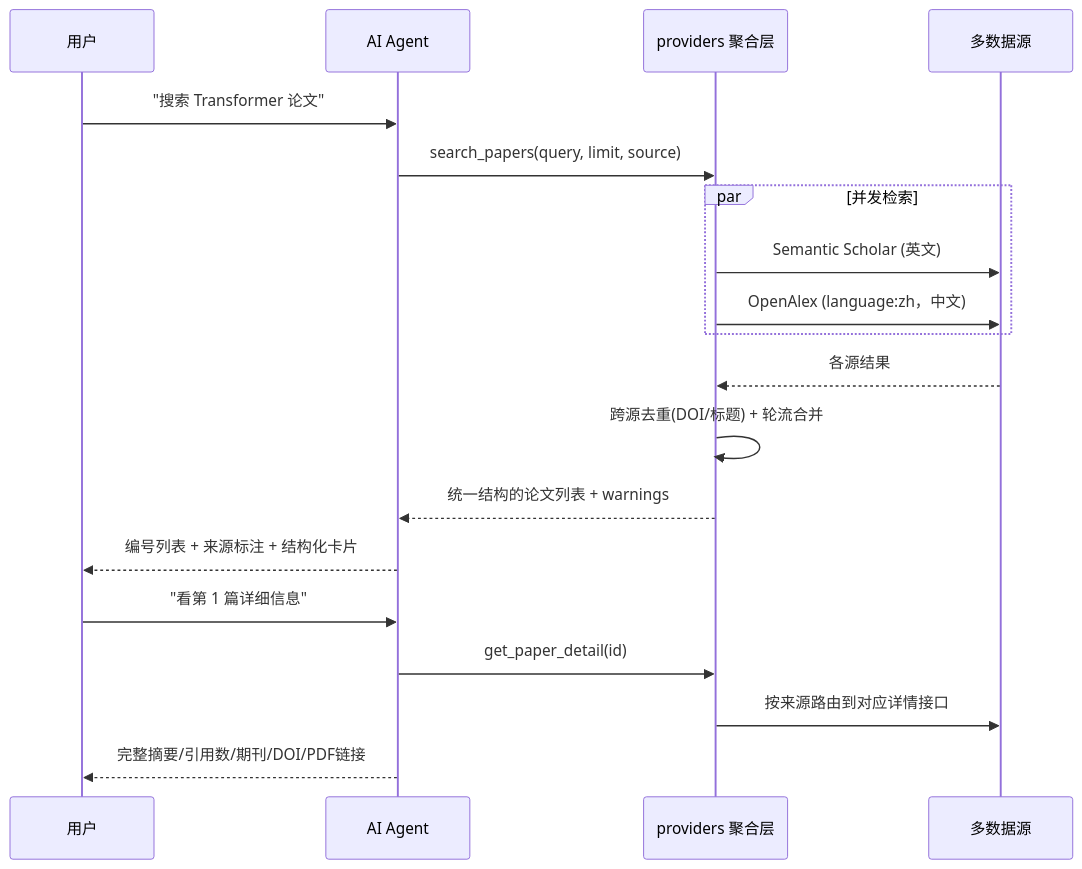
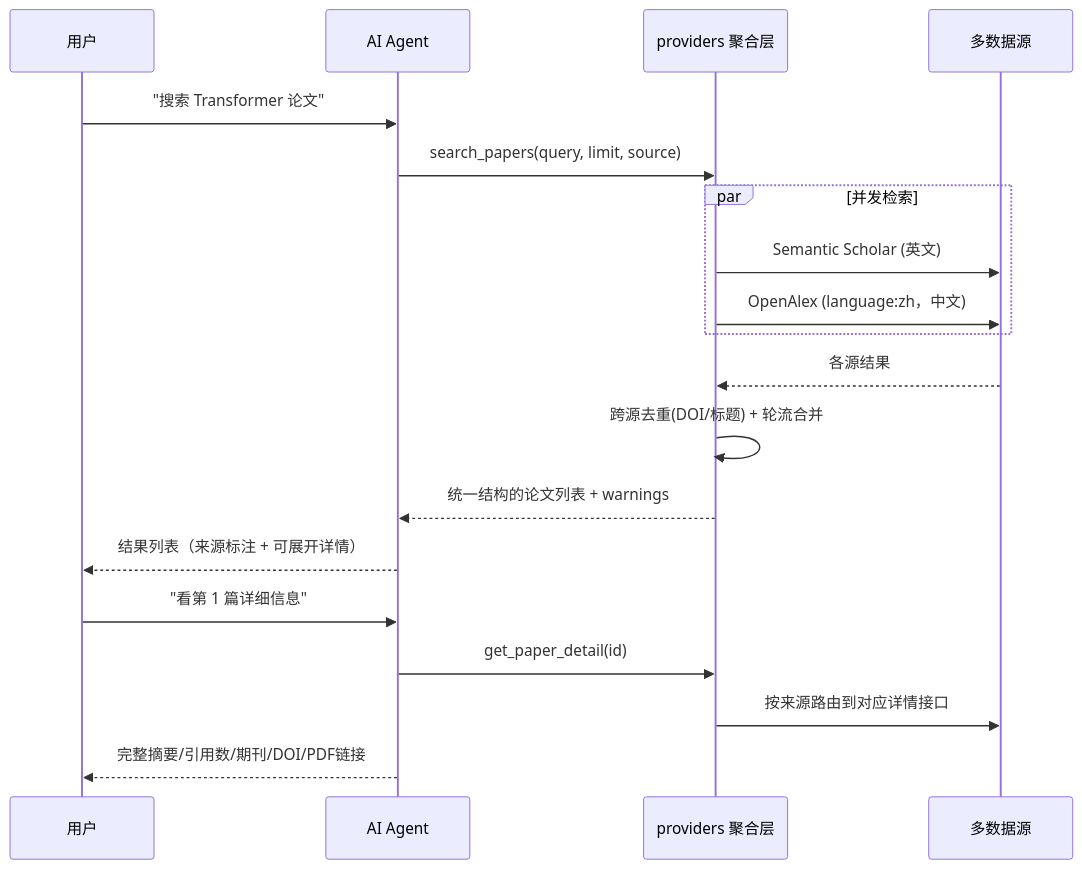
One commit to awsl2580/paper-searching changed the diagram in README.md. Above: the diagram before and after it, drawn with Mermaid. The commit also changed other lines of this file and 14 other files, not shown here.

````diff
--- a/README.md
+++ b/README.md
@@ -74,23 +95,23 @@
 ```mermaid
 sequenceDiagram
     participant U as 用户
     participant A as AI Agent
     participant P as providers 聚合层
     participant S as 多数据源
 
     U->>A: "搜索 Transformer 论文"
     A->>P: search_papers(query, limit, source)
     par 并发检索
         P->>S: Semantic Scholar (英文)
         P->>S: OpenAlex (language:zh，中文)
     end
     S-->>P: 各源结果
     P->>P: 跨源去重(DOI/标题) + 轮流合并
     P-->>A: 统一结构的论文列表 + warnings
-    A-->>U: 编号列表 + 来源标注 + 结构化卡片
+    A-->>U: 结果列表（来源标注 + 可展开详情）
 
     U->>A: "看第 1 篇详细信息"
     A->>P: get_paper_detail(id)
     P->>S: 按来源路由到对应详情接口
     A-->>U: 完整摘要/引用数/期刊/DOI/PDF链接
 ```
````
